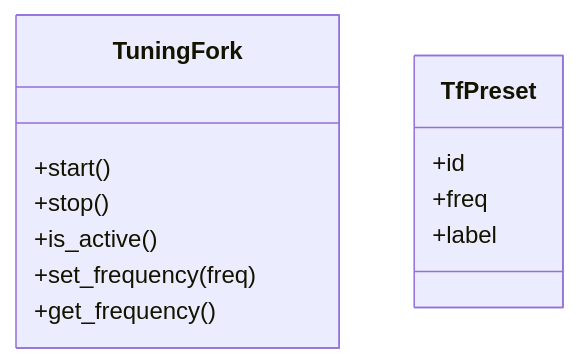
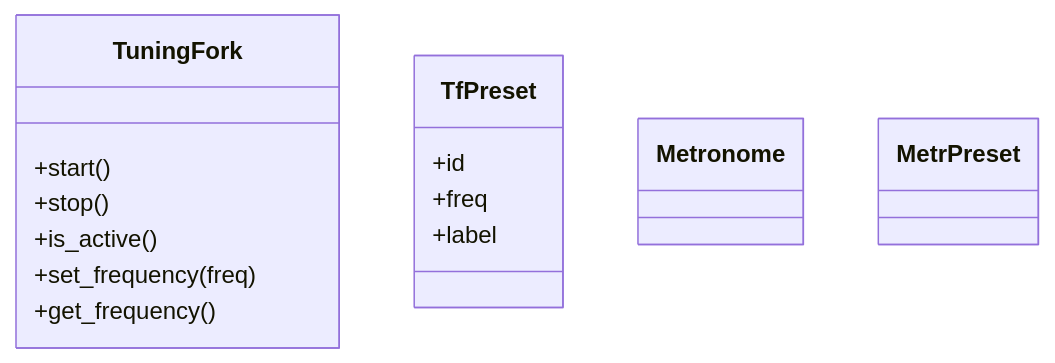
Before and after one commit to piamanns/ot-harjoitustyo: the diagram in musictools/dokumentaatio/arkkitehtuuri.md, drawn with Mermaid.

````diff
--- a/musictools/dokumentaatio/arkkitehtuuri.md
+++ b/musictools/dokumentaatio/arkkitehtuuri.md
@@ -6,16 +6,20 @@
 ```mermaid
 classDiagram
     class TuningFork{   
         +start()
         +stop()
         +is_active()
         +set_frequency(freq)
         +get_frequency()
     }
     
     class TfPreset{
         +id
         +freq
         +label
     }
+    class Metronome{
+    }
+    class MetrPreset{
+    }    
 ```
````
